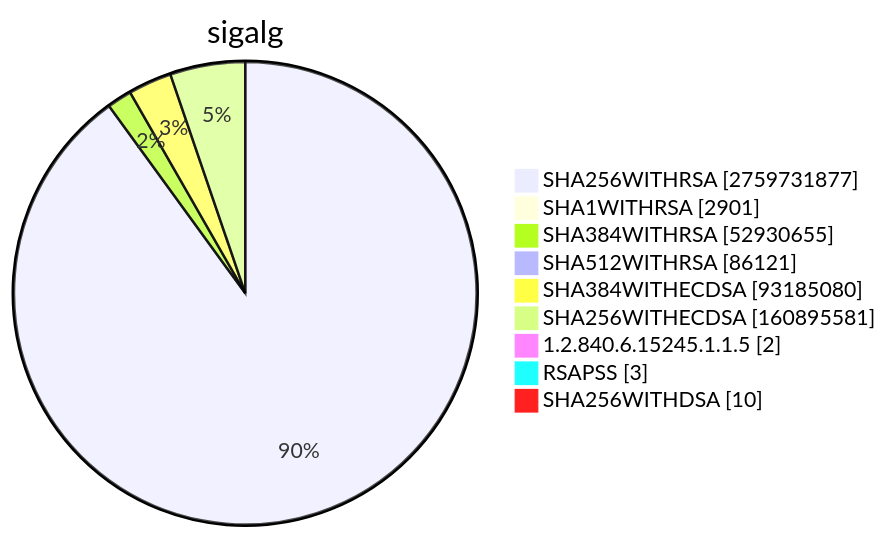
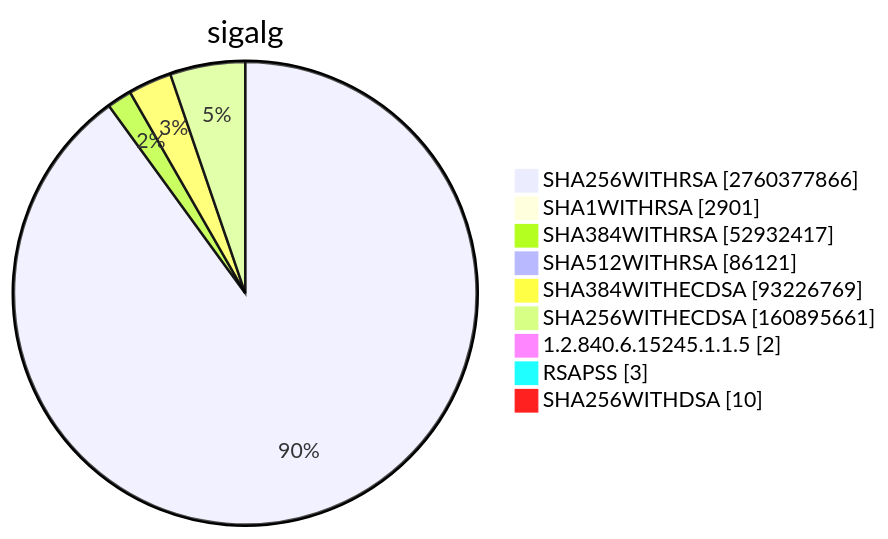
Diagram 15 of 15 in TOTAL/README.md (christiankrug/ctmonitor_visualization), drawn with Mermaid before and after one commit. The commit also changed other lines of this file, not shown here.

````diff
--- a/TOTAL/README.md
+++ b/TOTAL/README.md
@@ -6207,13 +6207,13 @@
 ```mermaid
 pie showData
 title sigalg
-"SHA256WITHRSA" :2759731877
+"SHA256WITHRSA" :2760377866
 "SHA1WITHRSA" :2901
-"SHA384WITHRSA" :52930655
+"SHA384WITHRSA" :52932417
 "SHA512WITHRSA" :86121
-"SHA384WITHECDSA" :93185080
-"SHA256WITHECDSA" :160895581
+"SHA384WITHECDSA" :93226769
+"SHA256WITHECDSA" :160895661
 "1.2.840.6.15245.1.1.5" :2
 "RSAPSS" :3
 "SHA256WITHDSA" :10
 ```
````
